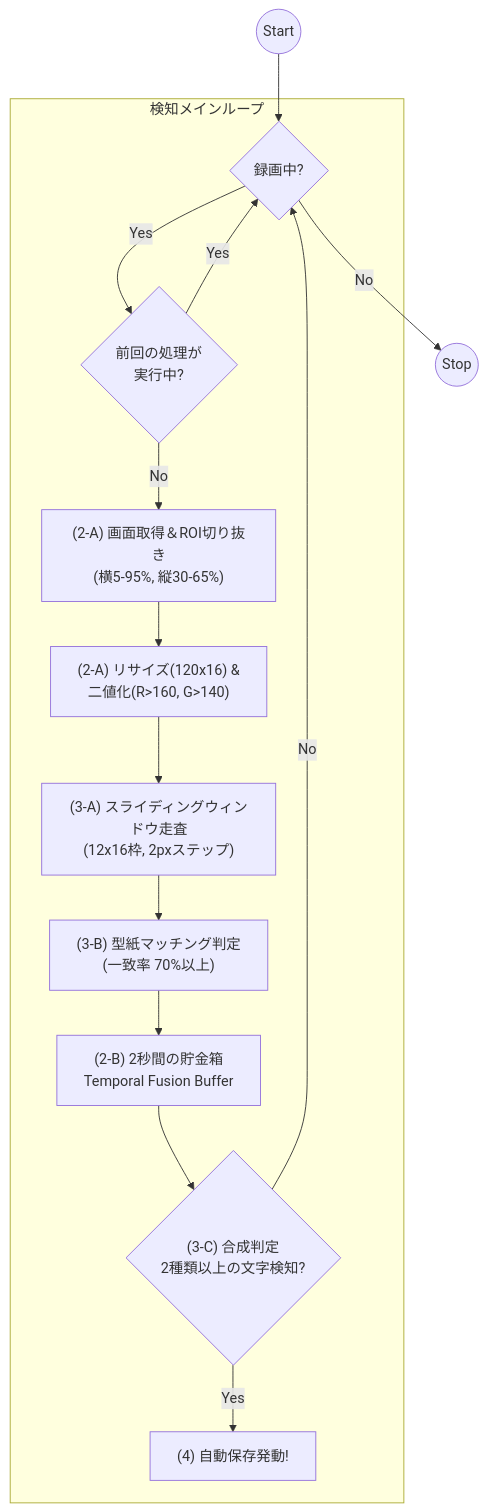
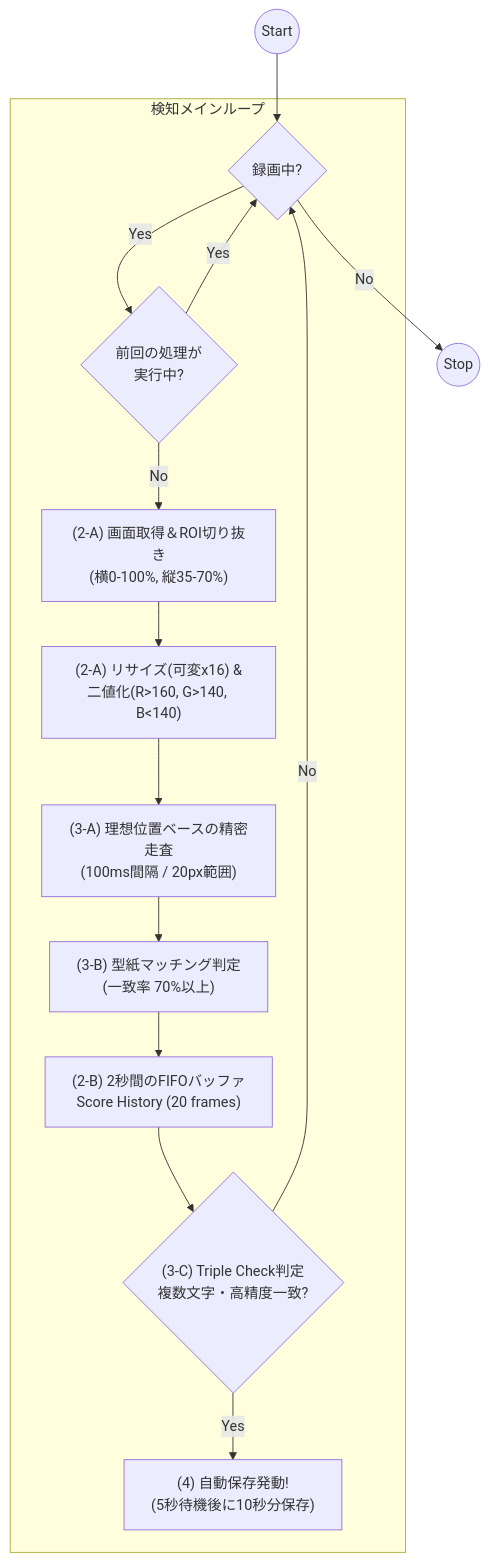
Before and after one commit to yuko083082-lab/GlipVerUp: the diagram in WIPEOUT_DETECTION_SPEC.md, drawn with Mermaid. The commit also changed other lines of this file and 2 other files, not shown here.

````diff
--- a/WIPEOUT_DETECTION_SPEC.md
+++ b/WIPEOUT_DETECTION_SPEC.md
@@ -13,22 +13,22 @@
 ```mermaid
 graph TD
     Start((Start)) --> Loop{"録画中?"}
     
     subgraph DetectionLoop ["検知メインループ"]
     Loop -- Yes --> SkipCheck{"前回の処理が<br/>実行中?"}
     SkipCheck -- Yes --> Loop
-    SkipCheck -- No --> Capture["(2-A) 画面取得＆ROI切り抜き<br/>(横5-95%, 縦30-65%)"]
+    SkipCheck -- No --> Capture["(2-A) 画面取得＆ROI切り抜き<br/>(横0-100%, 縦35-70%)"]
     
-    Capture --> Preprocess["(2-A) リサイズ(120x16) &<br/>二値化(R>160, G>140)"]
-    Preprocess --> Slide["(3-A) スライディングウィンドウ走査<br/>(12x16枠, 2pxステップ)"]
+    Capture --> Preprocess["(2-A) リサイズ(可変x16) &<br/>二値化(R>160, G>140, B<140)"]
+    Preprocess --> Slide["(3-A) 理想位置ベースの精密走査<br/>(100ms間隔 / 20px範囲)"]
     
     Slide --> CharMatch["(3-B) 型紙マッチング判定<br/>(一致率 70%以上)"]
-    CharMatch --> Buffer["(2-B) 2秒間の貯金箱<br/>Temporal Fusion Buffer"]
-    Buffer --> SpatioTemporal{"(3-C) 合成判定<br/>2種類以上の文字検知?"}
+    CharMatch --> Buffer["(2-B) 2秒間のFIFOバッファ<br/>Score History (20 frames)"]
+    Buffer --> SpatioTemporal{"(3-C) Triple Check判定<br/>複数文字・高精度一致?"}
     
-    SpatioTemporal -- Yes --> AutoSave["(4) 自動保存発動!"]
+    SpatioTemporal -- Yes --> AutoSave["(4) 自動保存発動!<br/>(5秒待機後に10秒分保存)"]
     SpatioTemporal -- No --> Loop
     end
     
     Loop -- No --> End((Stop))
 ```
````
